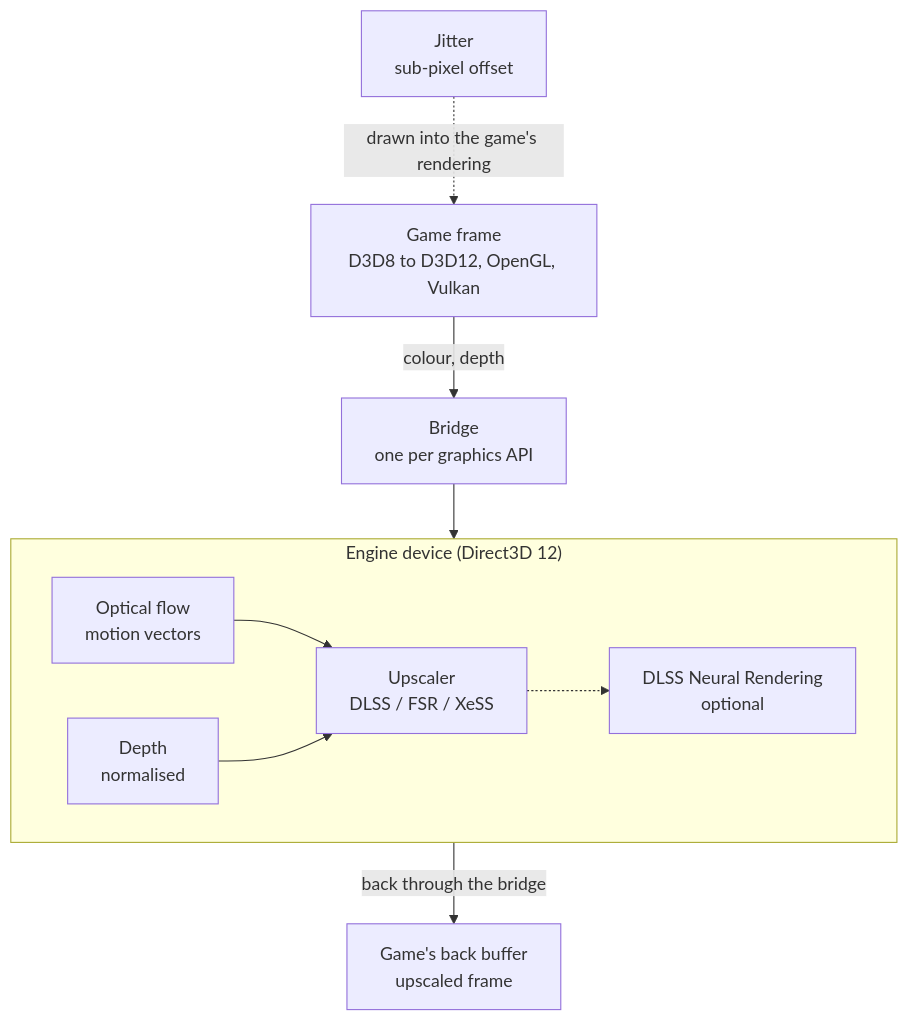
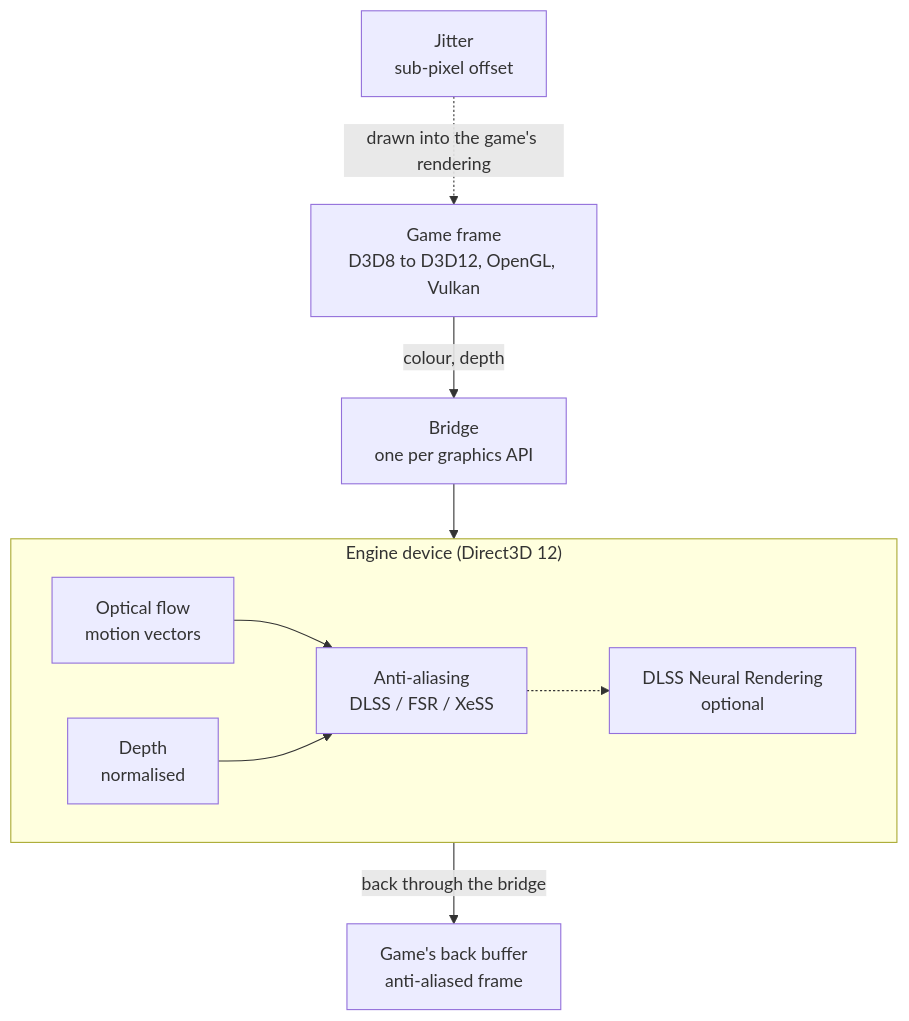
One commit to BarbatosAWLS/AeonSR changed the diagram in README.md. Above: the diagram before and after it, drawn with Mermaid. The commit also changed other lines of this file, not shown here.

First line of the commit message:
README: describe Aeon SR as anti-aliasing

````diff
--- a/README.md
+++ b/README.md
@@ -81,13 +85,13 @@
 ```mermaid
 flowchart TB
     jitter["Jitter<br/>sub-pixel offset"] -. "drawn into the game's rendering" .-> game
     game["Game frame<br/>D3D8 to D3D12, OpenGL, Vulkan"] -- "colour, depth" --> bridge["Bridge<br/>one per graphics API"]
     bridge --> engine
     subgraph engine["Engine device (Direct3D 12)"]
         direction LR
-        flow["Optical flow<br/>motion vectors"] --> up["Upscaler<br/>DLSS / FSR / XeSS"]
+        flow["Optical flow<br/>motion vectors"] --> up["Anti-aliasing<br/>DLSS / FSR / XeSS"]
         depth["Depth<br/>normalised"] --> up
         up -.-> nr["DLSS Neural Rendering<br/>optional"]
     end
-    engine -- "back through the bridge" --> out["Game's back buffer<br/>upscaled frame"]
+    engine -- "back through the bridge" --> out["Game's back buffer<br/>anti-aliased frame"]
 ```
````
